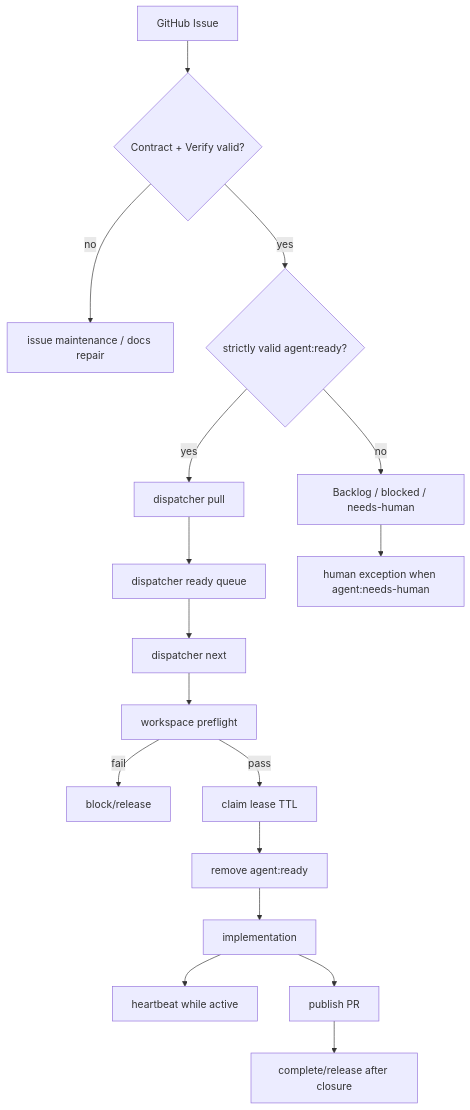
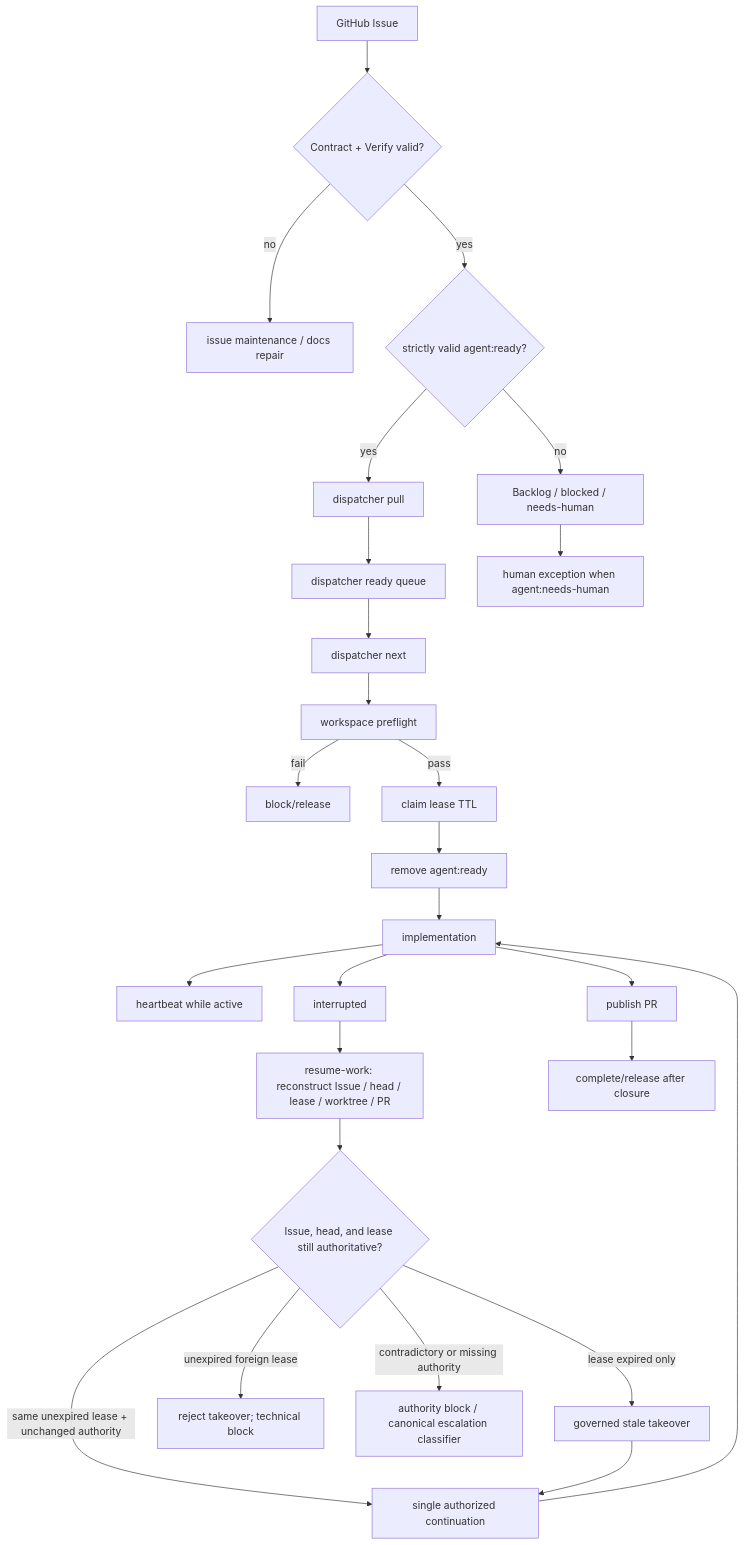
One commit to RasmusTho/agentic-pkm-mvp changed the second of 23 diagrams in docs/development/BUILDER_SYSTEM_PROCESS_MAP.md. Above: the diagram before and after it, drawn with Mermaid. The commit also changed other lines of this file and 1 other file, not shown here.

First line of the commit message:
Document governed Builder System process architecture

````diff
--- a/docs/development/BUILDER_SYSTEM_PROCESS_MAP.md
+++ b/docs/development/BUILDER_SYSTEM_PROCESS_MAP.md
@@ -321,19 +831,28 @@
 ```mermaid
 flowchart TD
   Issue["GitHub Issue"] --> Shape{"Contract + Verify valid?"}
   Shape -->|no| Repair["issue maintenance / docs repair"]
   Shape -->|yes| Ready{"strictly valid agent:ready?"}
   Ready -->|no| Backlog["Backlog / blocked / needs-human"]
   Ready -->|yes| Pull["dispatcher pull"]
   Pull --> Queue["dispatcher ready queue"]
   Queue --> Next["dispatcher next"]
   Next --> Preflight["workspace preflight"]
   Preflight -->|fail| Block["block/release"]
   Preflight -->|pass| Lease["claim lease TTL"]
   Lease --> Label["remove agent:ready"]
   Label --> Work["implementation"]
   Work --> Heartbeat["heartbeat while active"]
   Work --> PR["publish PR"]
+  Work --> Interrupted["interrupted"]
+  Interrupted --> Reconstruct["resume-work: reconstruct Issue / head / lease / worktree / PR"]
+  Reconstruct --> Revalidate{"Issue, head, and lease still authoritative?"}
+  Revalidate -->|same unexpired lease + unchanged authority| Continue["single authorized continuation"]
+  Continue --> Work
+  Revalidate -->|lease expired only| Takeover["governed stale takeover"]
+  Takeover --> Continue
+  Revalidate -->|unexpired foreign lease| Reject["reject takeover; technical block"]
+  Revalidate -->|contradictory or missing authority| AuthorityBlock["authority block / canonical escalation classifier"]
   PR --> Complete["complete/release after closure"]
   Backlog --> Human["human exception when agent:needs-human"]
 ```
````
